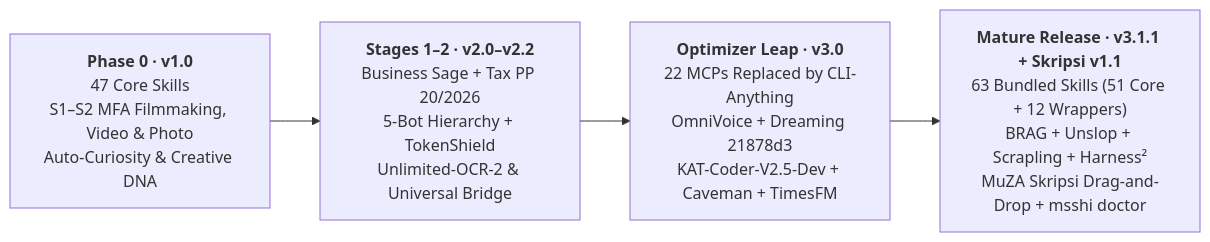
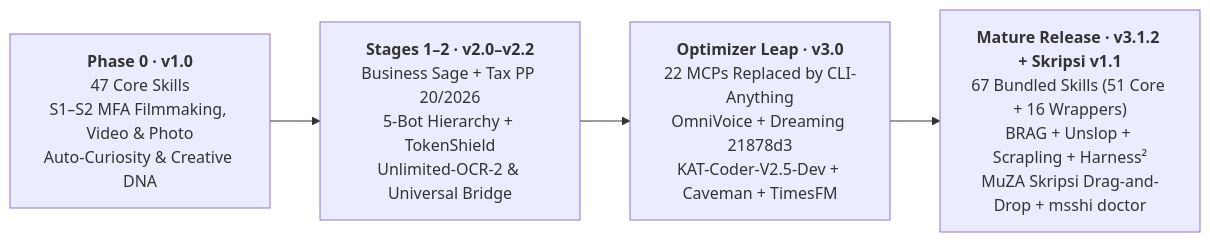
The first of 2 diagrams in README_EN.md (zidanaisar624/MSSHI-Mega-Semar-Sang-Hyang-Ismaya), drawn with Mermaid before and after one commit. The commit also changed other lines of this file and 5 other files, not shown here.

````diff
--- a/README_EN.md
+++ b/README_EN.md
@@ -99,6 +105,6 @@
 ```mermaid
 flowchart LR
     V1["<b>Phase 0 · v1.0</b><br/>47 Core Skills<br/>S1–S2 MFA Filmmaking, Video &amp; Photo<br/>Auto-Curiosity &amp; Creative DNA"] --> V2["<b>Stages 1–2 · v2.0–v2.2</b><br/>Business Sage + Tax PP 20/2026<br/>5-Bot Hierarchy + TokenShield<br/>Unlimited-OCR-2 &amp; Universal Bridge"]
     V2 --> V3["<b>Optimizer Leap · v3.0</b><br/>22 MCPs Replaced by CLI-Anything<br/>OmniVoice + Dreaming 21878d3<br/>KAT-Coder-V2.5-Dev + Caveman + TimesFM"]
-    V3 --> V31["<b>Mature Release · v3.1.1 + Skripsi v1.1</b><br/>63 Bundled Skills (51 Core + 12 Wrappers)<br/>BRAG + Unslop + Scrapling + Harness²<br/>MuZA Skripsi Drag-and-Drop + msshi doctor"]
+    V3 --> V31["<b>Mature Release · v3.1.2 + Skripsi v1.1</b><br/>67 Bundled Skills (51 Core + 16 Wrappers)<br/>BRAG + Unslop + Scrapling + Harness²<br/>MuZA Skripsi Drag-and-Drop + msshi doctor"]
 ```
````
